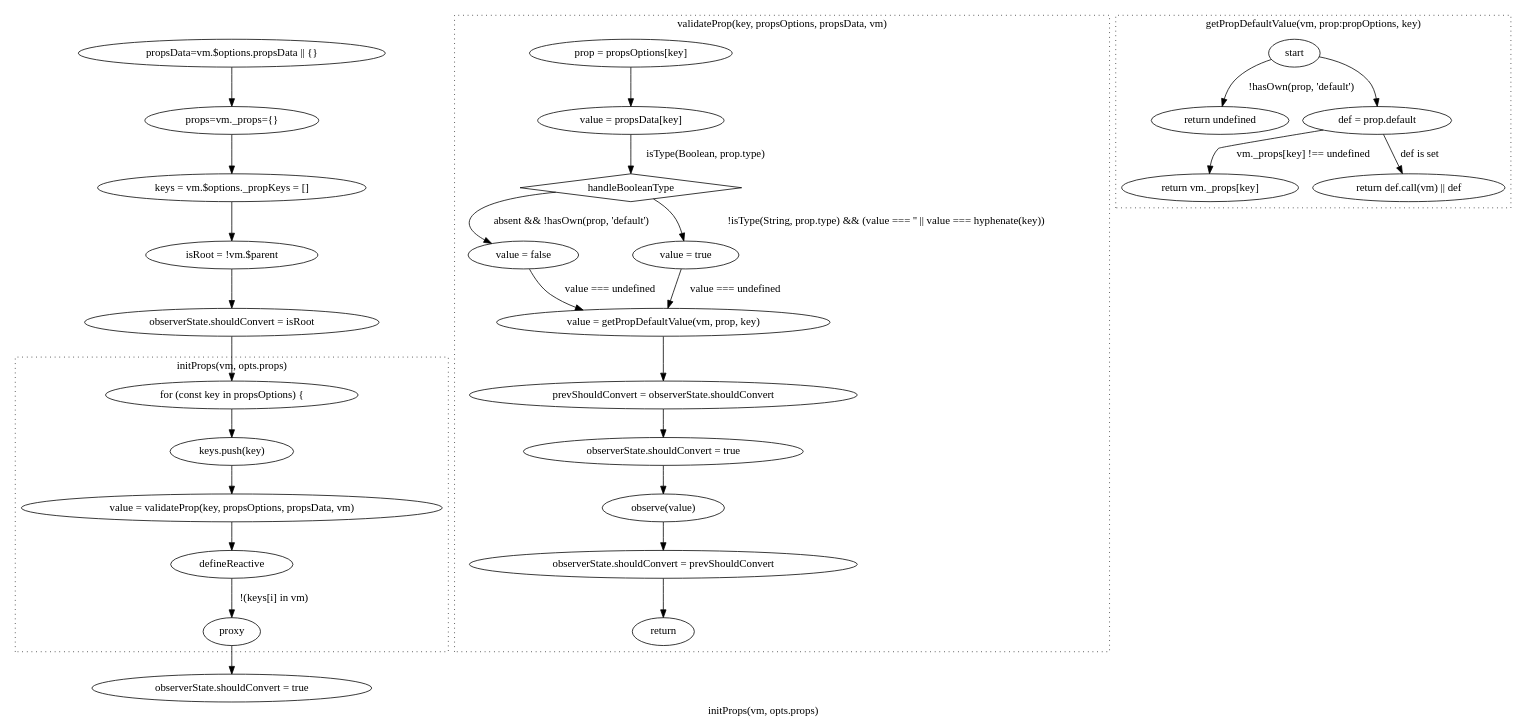
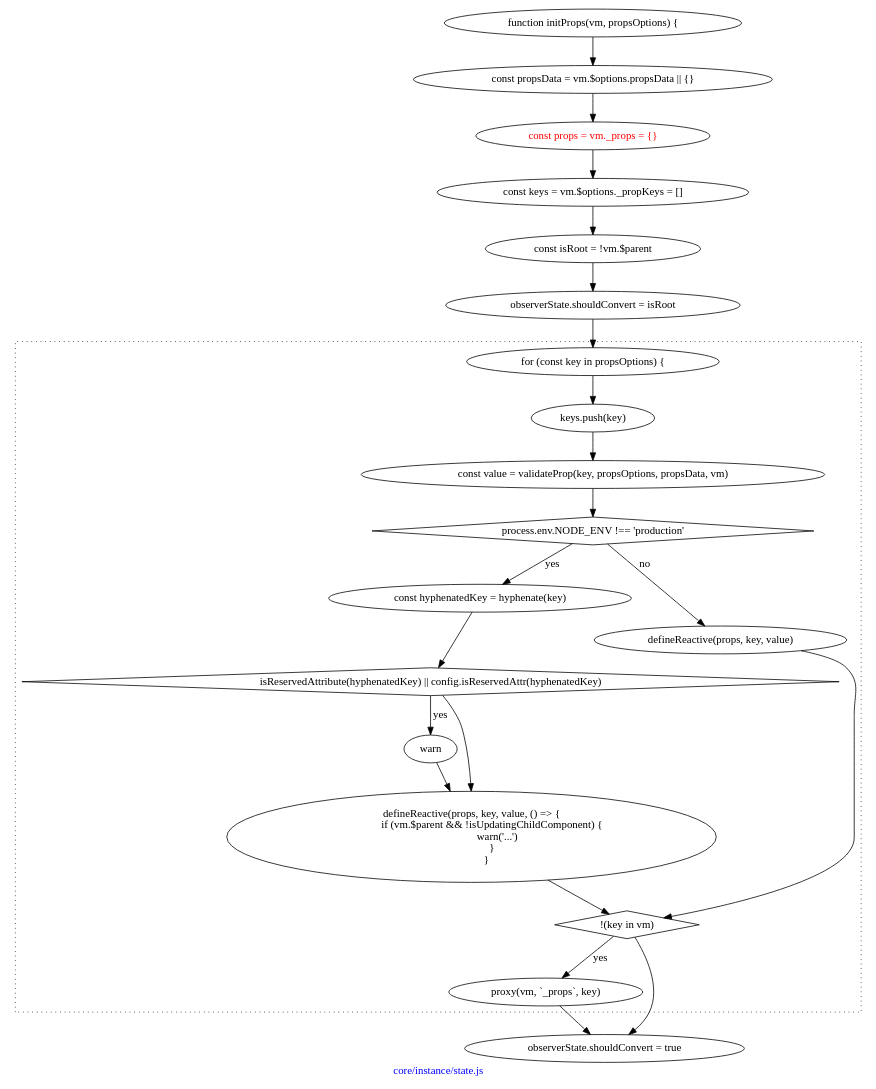
One commit to ltaoo/vueSourceAnalysis changed the diagram in initProps.gv. Above: the diagram before and after it, drawn with Graphviz. The commit also changed 13 other files, not shown here.

```diff
--- a/initProps.gv
+++ b/initProps.gv
@@ -1,146 +1,93 @@
 digraph G {
-    label="initProps(vm, opts.props)"
-
-    getPropsData [
-        label="propsData=vm.$options.propsData || {}"
+    graph [
+        label="core/instance/state.js"
+        fontcolor=blue
     ]
-
-    initProps [
-        label="props=vm._props={}"
+    start0 [
+        label="function initProps(vm, propsOptions) {"
     ]
-
-    getPropsData -> initProps
-
-    initKeys [
-        label="keys = vm.$options._propKeys = []"
+    varPropsData [
+        label="const propsData = vm.$options.propsData || {}"
     ]
-
-    initProps -> initKeys
-
-    // 判断是否是根节点
-    isRoot [
-        label="isRoot = !vm.$parent"
+    start0 -> varPropsData
+    varProps [
+        label="const props = vm._props = {}"
+        fontcolor=red
     ]
-
-    initKeys -> isRoot
+    varPropsData -> varProps
+    varKeys [
+        label="const keys = vm.$options._propKeys = []"
+    ]
+    varProps -> varKeys
+    varIsRoot [
+        label="const isRoot = !vm.$parent"
+    ]
+    varKeys -> varIsRoot
 
     setShoudConvert [
         label="observerState.shouldConvert = isRoot"
     ]
-
-    isRoot -> setShoudConvert
-
+    varIsRoot -> setShoudConvert
     walkPropsOptions [
         label="for (const key in propsOptions) {"
     ]
-
     setShoudConvert -> walkPropsOptions
-
     subgraph cluster_walk {
-        graph[style=dotted]
-
+        graph[
+            label=""
+            style=dotted
+        ]
         saveKey [
             label="keys.push(key)"
         ]
 
         walkPropsOptions -> saveKey
-
         validateProp [
-            label="value = validateProp(key, propsOptions, propsData, vm)"
+            label="const value = validateProp(key, propsOptions, propsData, vm)"
         ]
-
         saveKey -> validateProp
-        validateProp -> defineReactive
-
-        defineReactive -> proxy [label="!(keys[i] in vm)"]
+        notProduction [
+            label="process.env.NODE_ENV !== 'production'"
+            shape=diamond
+        ]
+        validateProp -> notProduction
+        varHyphenatedKey [
+            label="const hyphenatedKey = hyphenate(key)"
+        ]
+        notProduction -> varHyphenatedKey [label="yes"]
+        isReseve [
+            label="isReservedAttribute(hyphenatedKey) || config.isReservedAttr(hyphenatedKey)"
+            shape=diamond
+        ]
+        varHyphenatedKey -> isReseve
+        isReseve -> warn [label="yes"]
+        defineReactive0 [
+            label="defineReactive(props, key, value, () => {
+                if (vm.$parent && !isUpdatingChildComponent) {
+                    warn('...')
+                }
+            }"
+        ]
+        isReseve -> defineReactive0
+        warn -> defineReactive0
+        defineReactive [
+            label="defineReactive(props, key, value)"
+        ]
+        notProduction -> defineReactive [label="no"]
+        keyInVm [
+            label="!(key in vm)"
+            shape=diamond
+        ]
+        defineReactive0 -> keyInVm
+        defineReactive -> keyInVm
+        proxy0 [
+            label="proxy(vm, `_props`, key)"
+        ]
+        keyInVm -> proxy0 [label="yes"]
     }
-
     resetShouldConvert [
         label="observerState.shouldConvert = true"
     ]
-
-    proxy -> resetShouldConvert
-
-    subgraph cluster_validate {
-        graph[style=dotted]
-        label="validateProp(key, propsOptions, propsData, vm)"
-
-        getProp [
-            label="prop = propsOptions[key]"
-        ]
-        getValue [
-            label="value = propsData[key]"
-        ]
-
-        getProp -> getValue
-
-        handleBooleanType [
-            shape=diamond
-        ]
-
-        getValue -> handleBooleanType [label="isType(Boolean, prop.type)"]
-
-        // 处理 Boolean 类型
-        resetValueBeFalse [
-            label="value = false"
-        ]
-        resetValueBeTrue [
-            label="value = true"
-        ]
-
-        handleBooleanType -> resetValueBeFalse [label="absent && !hasOwn(prop, 'default')"]
-        handleBooleanType -> resetValueBeTrue [label="!isType(String, prop.type) && (value === '' || value === hyphenate(key))"]
-
-        getDefaultValue [
-            label="value = getPropDefaultValue(vm, prop, key)"
-        ]
-
-        resetValueBeFalse -> getDefaultValue [label="value === undefined"]
-        resetValueBeTrue -> getDefaultValue [label="value === undefined"]
-        getPrevShouldConvert [
-            label="prevShouldConvert = observerState.shouldConvert"
-        ]
-        getDefaultValue -> getPrevShouldConvert
-        resetShouldConvertBeTrue [
-            label="observerState.shouldConvert = true"
-        ]
-        getPrevShouldConvert -> resetShouldConvertBeTrue
-        observeValue [
-            label="observe(value)"
-        ]
-        resetShouldConvertBeTrue -> observeValue
-
-        resetShould [
-            label="observerState.shouldConvert = prevShouldConvert"
-        ]
-        observeValue -> resetShould
-        resetShould -> return
-    }
-
-    subgraph cluster_getDefaultProp {
-        graph[style=dotted]
-        label="getPropDefaultValue(vm, prop:propOptions, key)"
-
-        returnUndefined [
-            label="return undefined"
-        ]
-
-        start -> returnUndefined [label="!hasOwn(prop, 'default')"]
-
-        getDef [
-            label="def = prop.default"
-        ]
-
-        start -> getDef
-
-        returnPropsValue [
-            label="return vm._props[key]"
-        ]
-        getDef -> returnPropsValue [label="vm._props[key] !== undefined"]
-
-        callDef [
-            label="return def.call(vm) || def"
-        ]
-        getDef -> callDef [label="def is set"]
-    }
+    keyInVm -> resetShouldConvert
+    proxy0 -> resetShouldConvert
 }
```
